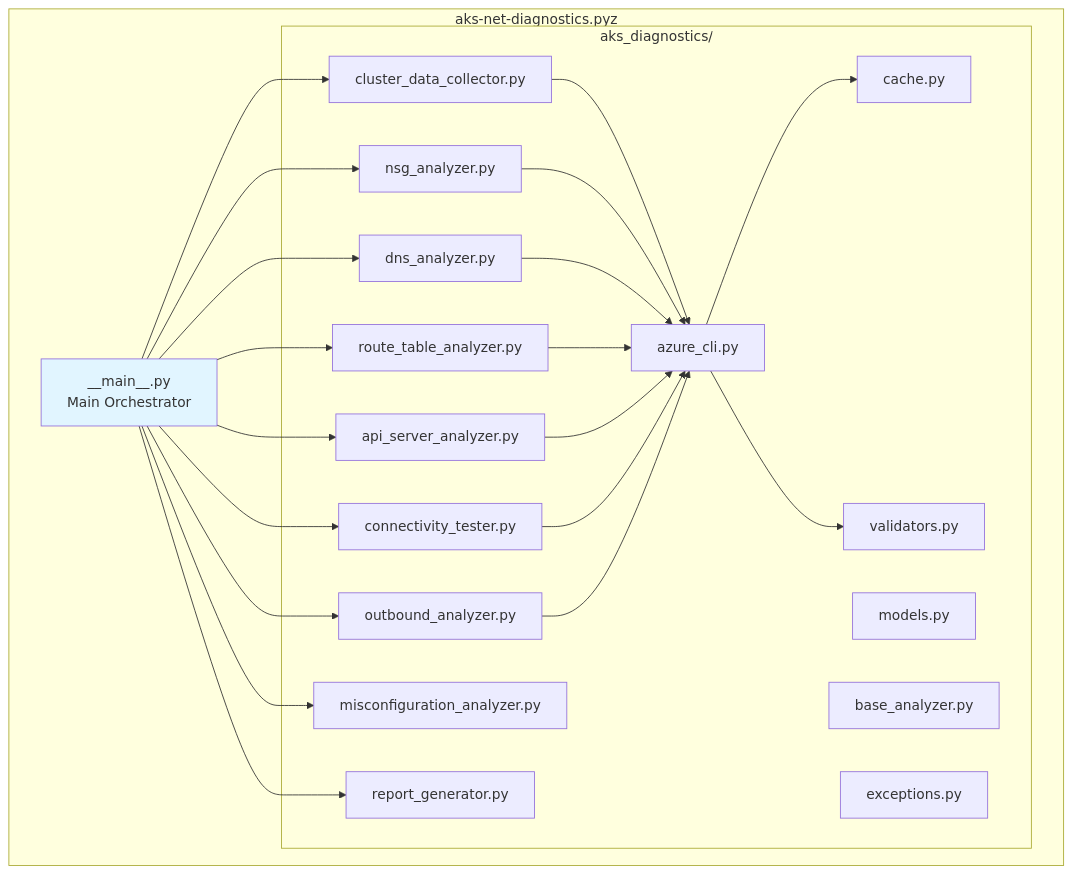
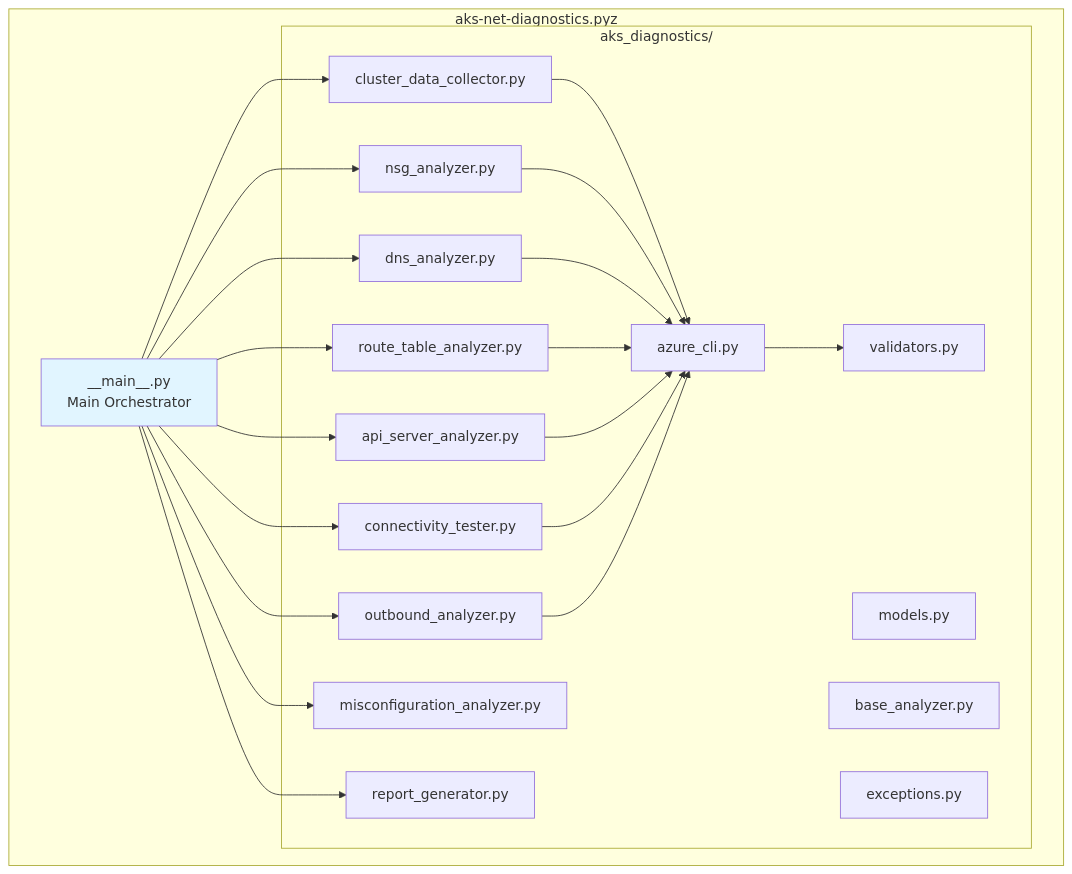
One commit to sturrent/aks-net-diagnostics changed the fourth of 5 diagrams in ARCHITECTURE.md. Above: the diagram before and after it, drawn with Mermaid. The commit also changed other lines of this file and 8 other files, not shown here.

````diff
--- a/ARCHITECTURE.md
+++ b/ARCHITECTURE.md
@@ -574,31 +550,30 @@
 ```mermaid
 graph TB
     subgraph "aks-net-diagnostics.pyz"
         Main[__main__.py<br/>Main Orchestrator]
         
         subgraph "aks_diagnostics/"
             CDC[cluster_data_collector.py]
             AzCLI[azure_cli.py]
-            Cache[cache.py]
             NSG[nsg_analyzer.py]
             DNS[dns_analyzer.py]
             RT[route_table_analyzer.py]
             API[api_server_analyzer.py]
             CT[connectivity_tester.py]
             OB[outbound_analyzer.py]
             MA[misconfiguration_analyzer.py]
             RG[report_generator.py]
             Val[validators.py]
             Mod[models.py]
             Base[base_analyzer.py]
             Exc[exceptions.py]
         end
     end
     
     Main --> CDC & NSG & DNS & RT & API & CT & OB & MA & RG
     CDC --> AzCLI
     NSG & DNS & RT & API & CT & OB --> AzCLI
-    AzCLI --> Cache & Val
+    AzCLI --> Val
     
     style Main fill:#e1f5ff
 ```
````
